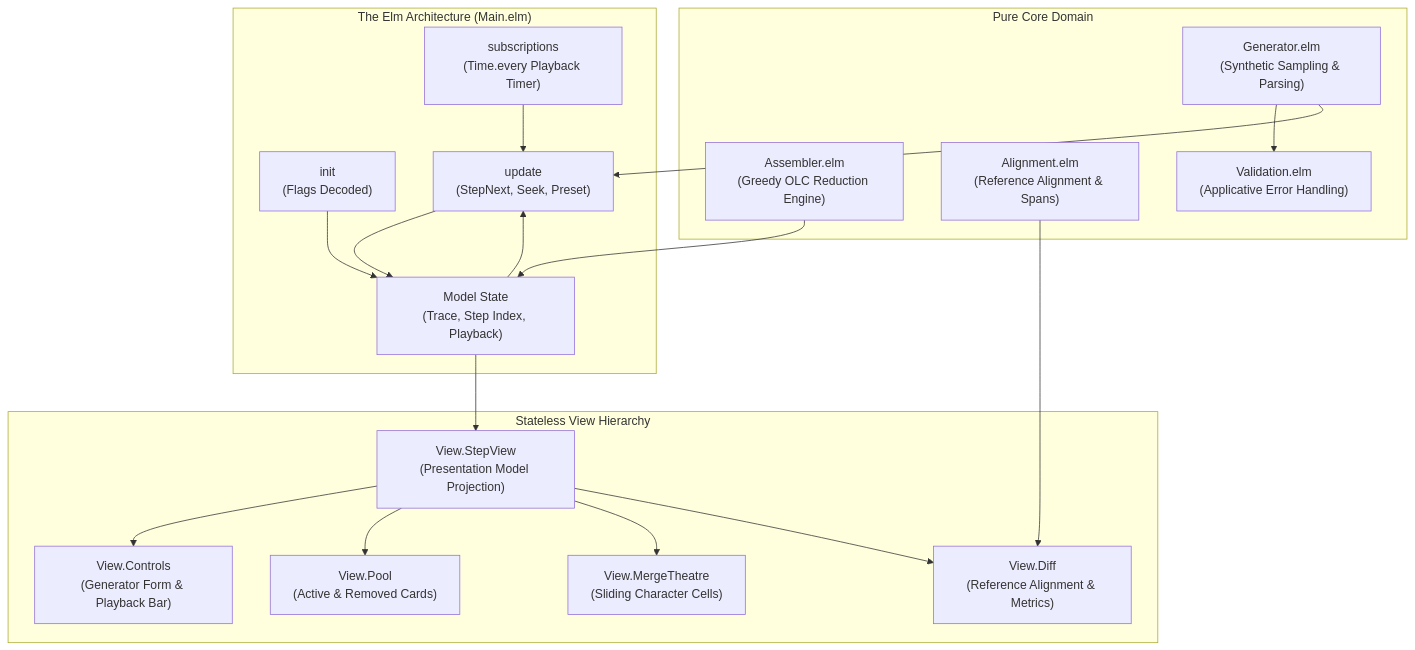
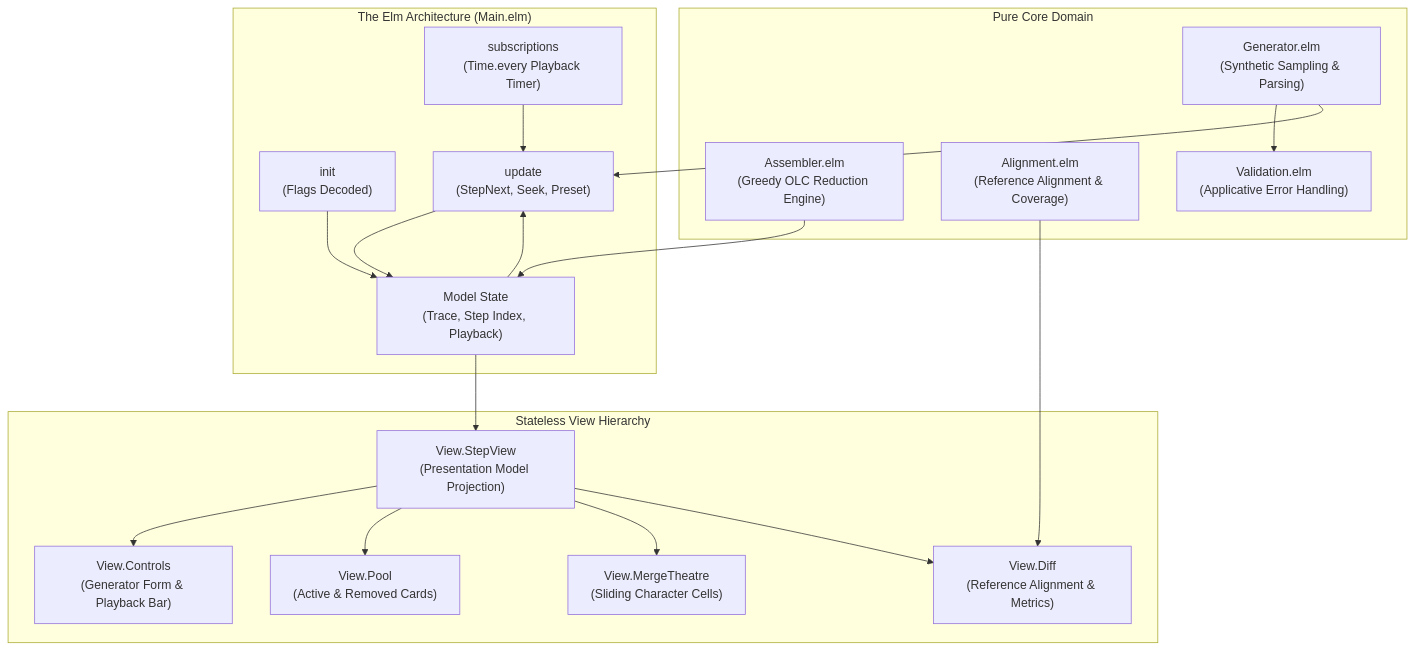
Before and after one commit to frankhjung/elm-reconstruct-strings: the first of 2 diagrams in README.md, drawn with Mermaid. The commit also changed other lines of this file and 9 other files, not shown here.

First line of the commit message:
refactor: update alignment logic and enhance coverage calculation

````diff
--- a/README.md
+++ b/README.md
@@ -135,38 +143,38 @@
 ```mermaid
 flowchart TD
     subgraph CoreDomain["Pure Core Domain"]
         GEN["Generator.elm<br/>(Synthetic Sampling & Parsing)"]
         ASM["Assembler.elm<br/>(Greedy OLC Reduction Engine)"]
-        ALIGN["Alignment.elm<br/>(Reference Alignment & Spans)"]
+        ALIGN["Alignment.elm<br/>(Reference Alignment & Coverage)"]
         VAL["Validation.elm<br/>(Applicative Error Handling)"]
     end
 
     subgraph TEARuntime["The Elm Architecture (Main.elm)"]
         INIT["init<br/>(Flags Decoded)"]
         MODEL["Model State<br/>(Trace, Step Index, Playback)"]
         UPDATE["update<br/>(StepNext, Seek, Preset)"]
         SUBS["subscriptions<br/>(Time.every Playback Timer)"]
     end
 
     subgraph ViewLayer["Stateless View Hierarchy"]
         STEPVIEW["View.StepView<br/>(Presentation Model Projection)"]
         CTRL["View.Controls<br/>(Generator Form & Playback Bar)"]
         POOL["View.Pool<br/>(Active & Removed Cards)"]
         THEATRE["View.MergeTheatre<br/>(Sliding Character Cells)"]
         DIFF["View.Diff<br/>(Reference Alignment & Metrics)"]
     end
 
     GEN --> VAL
     ASM --> MODEL
     GEN --> UPDATE
     INIT --> MODEL
     MODEL --> UPDATE
     SUBS --> UPDATE
     UPDATE --> MODEL
     MODEL --> STEPVIEW
     STEPVIEW --> CTRL
     STEPVIEW --> POOL
     STEPVIEW --> THEATRE
     STEPVIEW --> DIFF
     ALIGN --> DIFF
 ```
````
